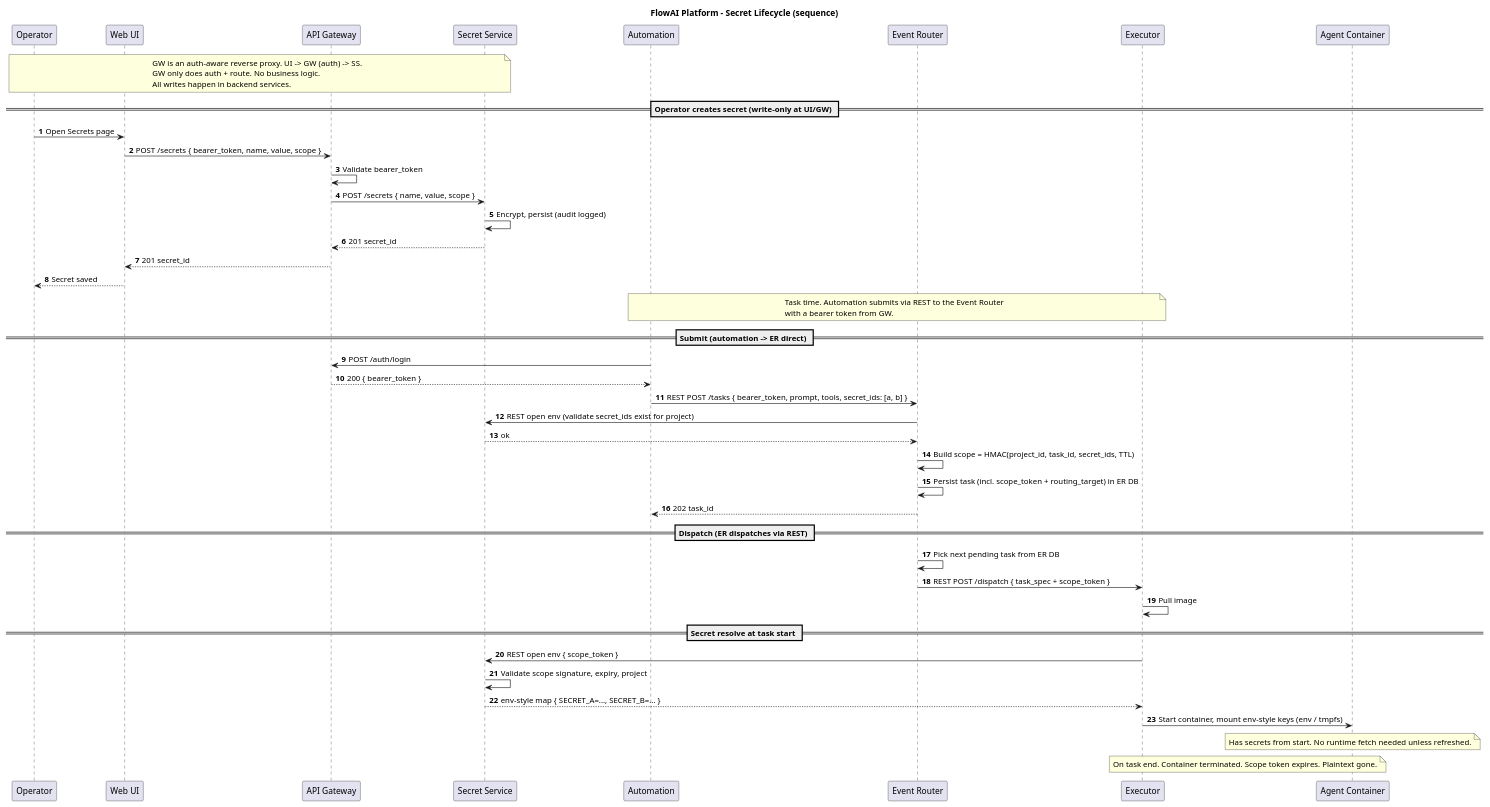
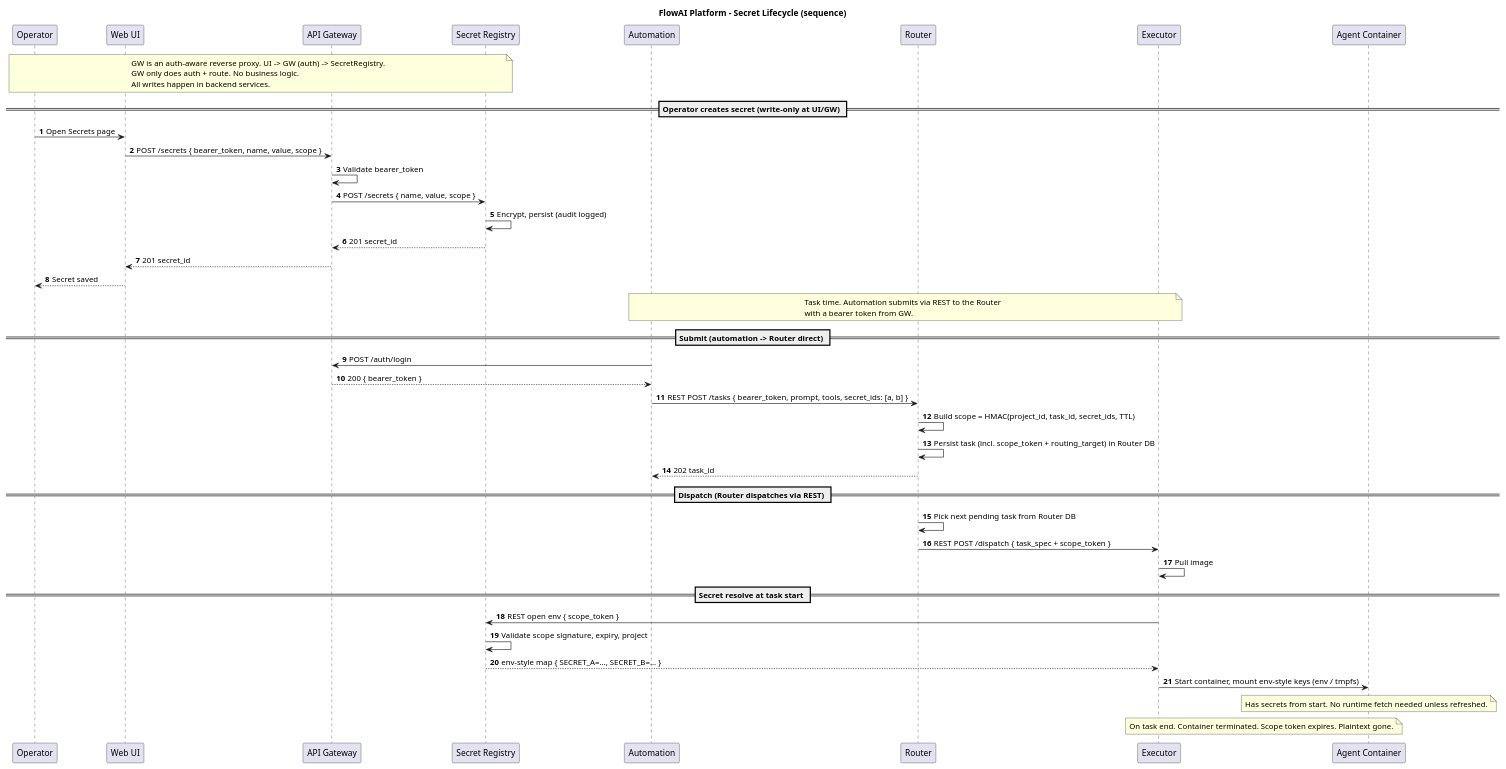
The diagram in docs/architecture/diagrams/05-sequence-secrets.puml (pandops/flowai), drawn with PlantUML before and after one commit. The commit also changed 2 other files, not shown here.

Commit message:
docs(architecture): update lifecycle sequence diagrams
Ultraworked with [Sisyphus](https://github.com/code-yeongyu/oh-my-openagent)

```diff
--- a/docs/architecture/diagrams/05-sequence-secrets.puml
+++ b/docs/architecture/diagrams/05-sequence-secrets.puml
@@ -1,69 +1,67 @@
 @startuml 05-sequence-secrets
 title FlowAI Platform - Secret Lifecycle (sequence)
 
 autonumber
 
 participant "Operator" as Op
 participant "Web UI" as UI
 participant "API Gateway" as GW
-participant "Secret Service" as SS
+participant "Secret Registry" as SecretRegistry
 participant "Automation" as Auto
-participant "Event Router" as ER
+participant "Router" as Router
 participant "Executor" as EX
 participant "Agent Container" as AG
 
-note over Op, SS
-  GW is an auth-aware reverse proxy. UI -> GW (auth) -> SS.
+note over Op, SecretRegistry
+  GW is an auth-aware reverse proxy. UI -> GW (auth) -> SecretRegistry.
   GW only does auth + route. No business logic.
   All writes happen in backend services.
 end note
 
 == Operator creates secret (write-only at UI/GW) ==
 
 Op -> UI : Open Secrets page
 UI -> GW : POST /secrets { bearer_token, name, value, scope }
 GW -> GW : Validate bearer_token
-GW -> SS : POST /secrets { name, value, scope }
-SS -> SS : Encrypt, persist (audit logged)
-SS --> GW : 201 secret_id
+GW -> SecretRegistry : POST /secrets { name, value, scope }
+SecretRegistry -> SecretRegistry : Encrypt, persist (audit logged)
+SecretRegistry --> GW : 201 secret_id
 GW --> UI : 201 secret_id
 UI --> Op : Secret saved
 
 note over Auto, EX
-  Task time. Automation submits via REST to the Event Router
+  Task time. Automation submits via REST to the Router
   with a bearer token from GW.
 end note
 
-== Submit (automation -> ER direct) ==
+== Submit (automation -> Router direct) ==
 
 Auto -> GW : POST /auth/login
 GW --> Auto : 200 { bearer_token }
-Auto -> ER : REST POST /tasks { bearer_token, prompt, tools, secret_ids: [a, b] }
-ER -> SS : REST open env (validate secret_ids exist for project)
-SS --> ER : ok
-ER -> ER : Build scope = HMAC(project_id, task_id, secret_ids, TTL)
-ER -> ER : Persist task (incl. scope_token + routing_target) in ER DB
-ER --> Auto : 202 task_id
+Auto -> Router : REST POST /tasks { bearer_token, prompt, tools, secret_ids: [a, b] }
+Router -> Router : Build scope = HMAC(project_id, task_id, secret_ids, TTL)
+Router -> Router : Persist task (incl. scope_token + routing_target) in Router DB
+Router --> Auto : 202 task_id
 
-== Dispatch (ER dispatches via REST) ==
+== Dispatch (Router dispatches via REST) ==
 
-ER -> ER : Pick next pending task from ER DB
-ER -> EX : REST POST /dispatch { task_spec + scope_token }
+Router -> Router : Pick next pending task from Router DB
+Router -> EX : REST POST /dispatch { task_spec + scope_token }
 EX -> EX : Pull image
 
 == Secret resolve at task start ==
 
-EX -> SS : REST open env { scope_token }
-SS -> SS : Validate scope signature, expiry, project
-SS --> EX : env-style map { SECRET_A=..., SECRET_B=... }
+EX -> SecretRegistry : REST open env { scope_token }
+SecretRegistry -> SecretRegistry : Validate scope signature, expiry, project
+SecretRegistry --> EX : env-style map { SECRET_A=..., SECRET_B=... }
 EX -> AG : Start container, mount env-style keys (env / tmpfs)
 
 note over AG
   Has secrets from start. No runtime fetch needed unless refreshed.
 end note
 
 note over AG, EX
   On task end. Container terminated. Scope token expires. Plaintext gone.
 end note
 
 @enduml
```
